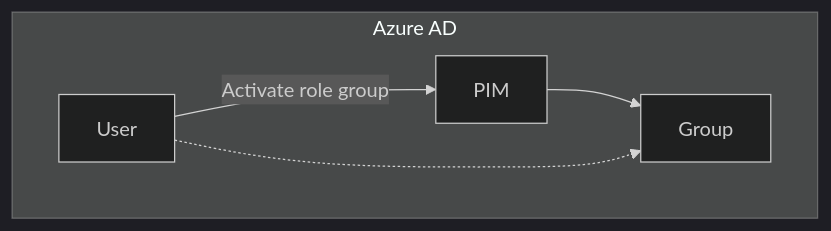
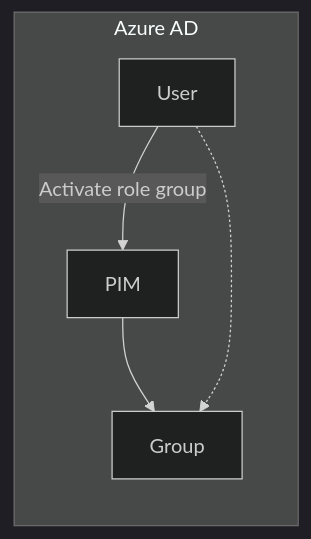
The fifth of 7 diagrams in _posts/2022-11-08-AzureLighthouse-MSSPAccess.md (lnfernux/lnfernux.github.io), drawn with Mermaid (dark theme) before and after one commit. The commit also changed other lines of this file, not shown here.

````diff
--- a/_posts/2022-11-08-AzureLighthouse-MSSPAccess.md
+++ b/_posts/2022-11-08-AzureLighthouse-MSSPAccess.md
@@ -209,9 +209,8 @@
 ```mermaid
 graph LR
     subgraph "Azure AD" 
-    direction LR
     u[User] --> |Activate role group|p[PIM]
     p --> g
     u -.->  g[Group]
     end
 ```
````
